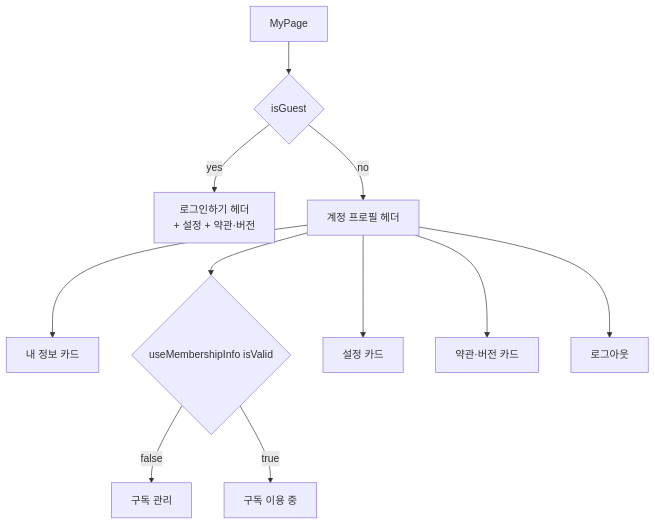
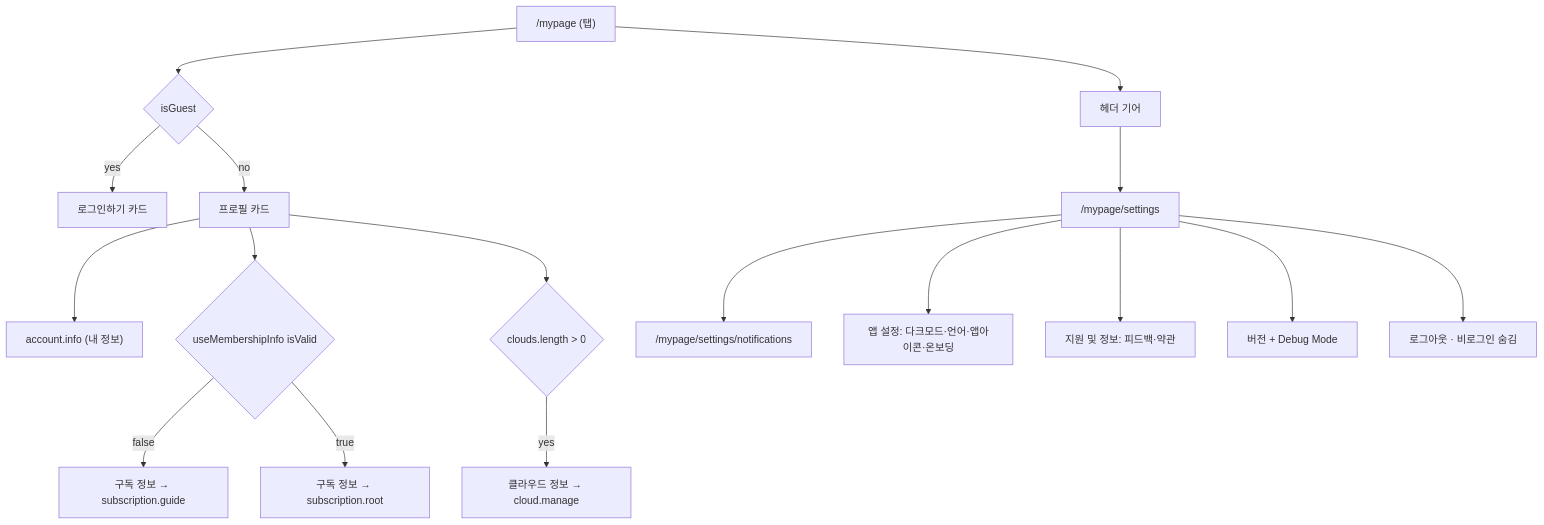
Before and after one commit to lemoncloud-io/dou-app: the diagram in apps/web/docs/feature/mypage/README.md, drawn with Mermaid. The commit also changed other lines of this file and 1 other file, not shown here.

First line of the commit message:
docs(web/mypage): sync the feature docs with the shipped depth split

````diff
--- a/apps/web/docs/feature/mypage/README.md
+++ b/apps/web/docs/feature/mypage/README.md
@@ -119,13 +141,18 @@
 ```mermaid
 flowchart TD
-    M[MyPage] --> G{isGuest}
-    G -- yes --> GUEST[로그인하기 헤더<br/>+ 설정 + 약관·버전]
-    G -- no --> P[계정 프로필 헤더]
-    P --> INFO[내 정보 카드]
+    M["/mypage (탭)"] --> G{isGuest}
+    G -- yes --> GUEST[로그인하기 카드]
+    G -- no --> P[프로필 카드]
+    P --> INFO["account.info (내 정보)"]
     P --> S{useMembershipInfo isValid}
-    S -- false --> SUB0[구독 관리]
-    S -- true --> SUB1[구독 이용 중]
-    P --> SET[설정 카드]
-    P --> POL[약관·버전 카드]
-    P --> OUT[로그아웃]
+    S -- false --> SUB0["구독 정보 → subscription.guide"]
+    S -- true --> SUB1["구독 정보 → subscription.root"]
+    P --> C{clouds.length > 0}
+    C -- yes --> CLOUD["클라우드 정보 → cloud.manage"]
+    M --> GEAR["헤더 기어"] --> SET["/mypage/settings"]
+    SET --> NOTI["/mypage/settings/notifications"]
+    SET --> APP[앱 설정: 다크모드·언어·앱아이콘·온보딩]
+    SET --> SUP[지원 및 정보: 피드백·약관]
+    SET --> VER[버전 + Debug Mode]
+    SET --> OUT[로그아웃 · 비로그인 숨김]
 ```
````
